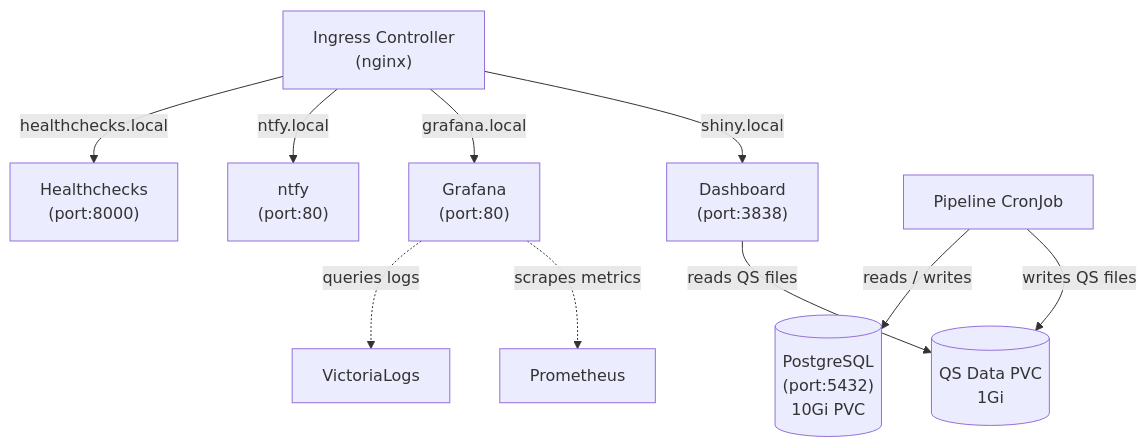
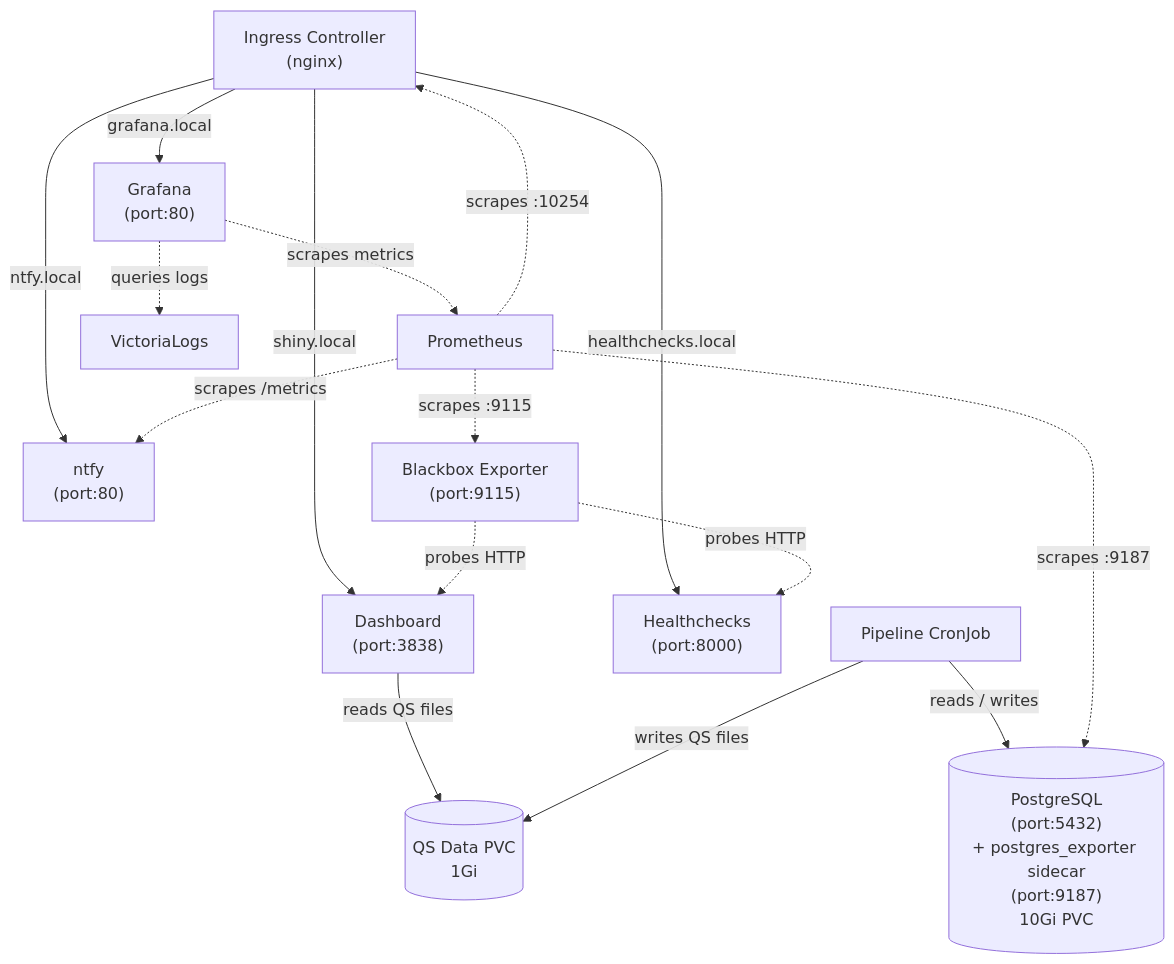
Before and after one commit to mathieubpoiriericm/icm-dashboard: the first of 3 diagrams in docs/kubernetes-cluster-overview.md, drawn with Mermaid. The commit also changed other lines of this file, not shown here.

````diff
--- a/docs/kubernetes-cluster-overview.md
+++ b/docs/kubernetes-cluster-overview.md
@@ -53,16 +55,25 @@
 ```mermaid
 graph TD
     ingress["Ingress Controller<br/>(nginx)"]
 
     ingress -- "shiny.local" --> dashboard["Dashboard<br/>(port:3838)"]
     ingress -- "grafana.local" --> grafana["Grafana<br/>(port:80)"]
     ingress -- "ntfy.local" --> ntfy["ntfy<br/>(port:80)"]
     ingress -- "healthchecks.local" --> healthchecks["Healthchecks<br/>(port:8000)"]
 
     dashboard -- "reads QS files" --> qspvc[("QS Data PVC<br/>1Gi")]
     pipeline["Pipeline CronJob"] -- "writes QS files" --> qspvc
-    pipeline -- "reads / writes" --> postgresql[("PostgreSQL<br/>(port:5432)<br/>10Gi PVC")]
+    pipeline -- "reads / writes" --> postgresql[("PostgreSQL<br/>(port:5432)<br/>+ postgres_exporter sidecar<br/>(port:9187)<br/>10Gi PVC")]
 
     grafana -. "scrapes metrics" .-> prometheus["Prometheus"]
     grafana -. "queries logs" .-> victorialogs["VictoriaLogs"]
+
+    blackbox["Blackbox Exporter<br/>(port:9115)"]
+    blackbox -. "probes HTTP" .-> dashboard
+    blackbox -. "probes HTTP" .-> healthchecks
+
+    prometheus -. "scrapes :9187" .-> postgresql
+    prometheus -. "scrapes /metrics" .-> ntfy
+    prometheus -. "scrapes :9115" .-> blackbox
+    prometheus -. "scrapes :10254" .-> ingress
 ```
````
